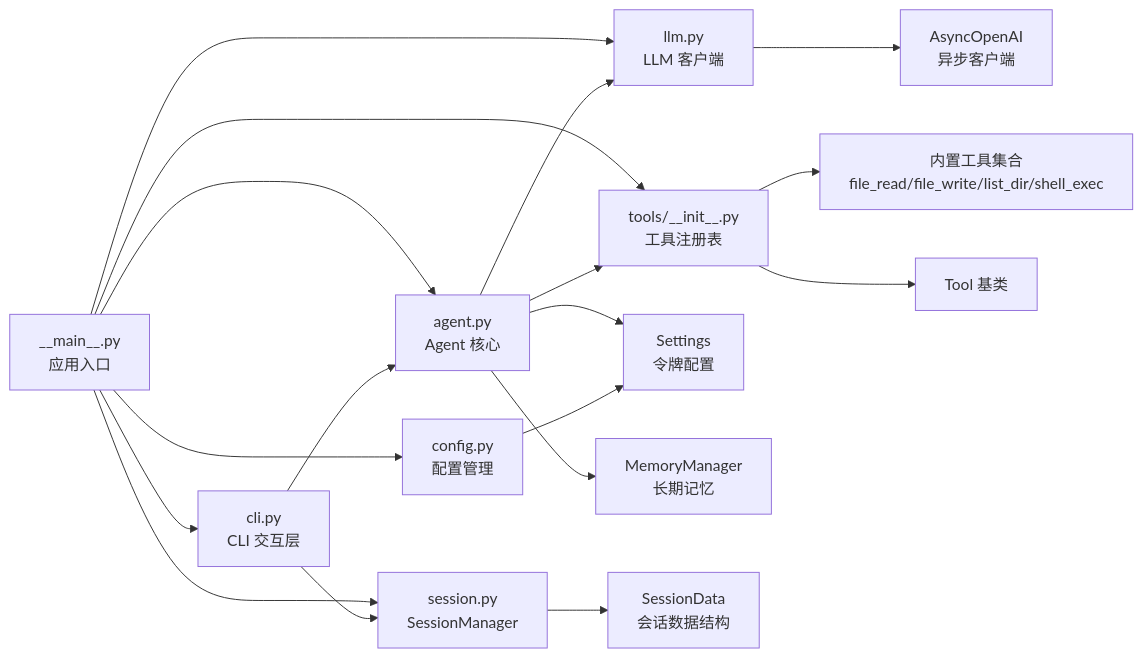
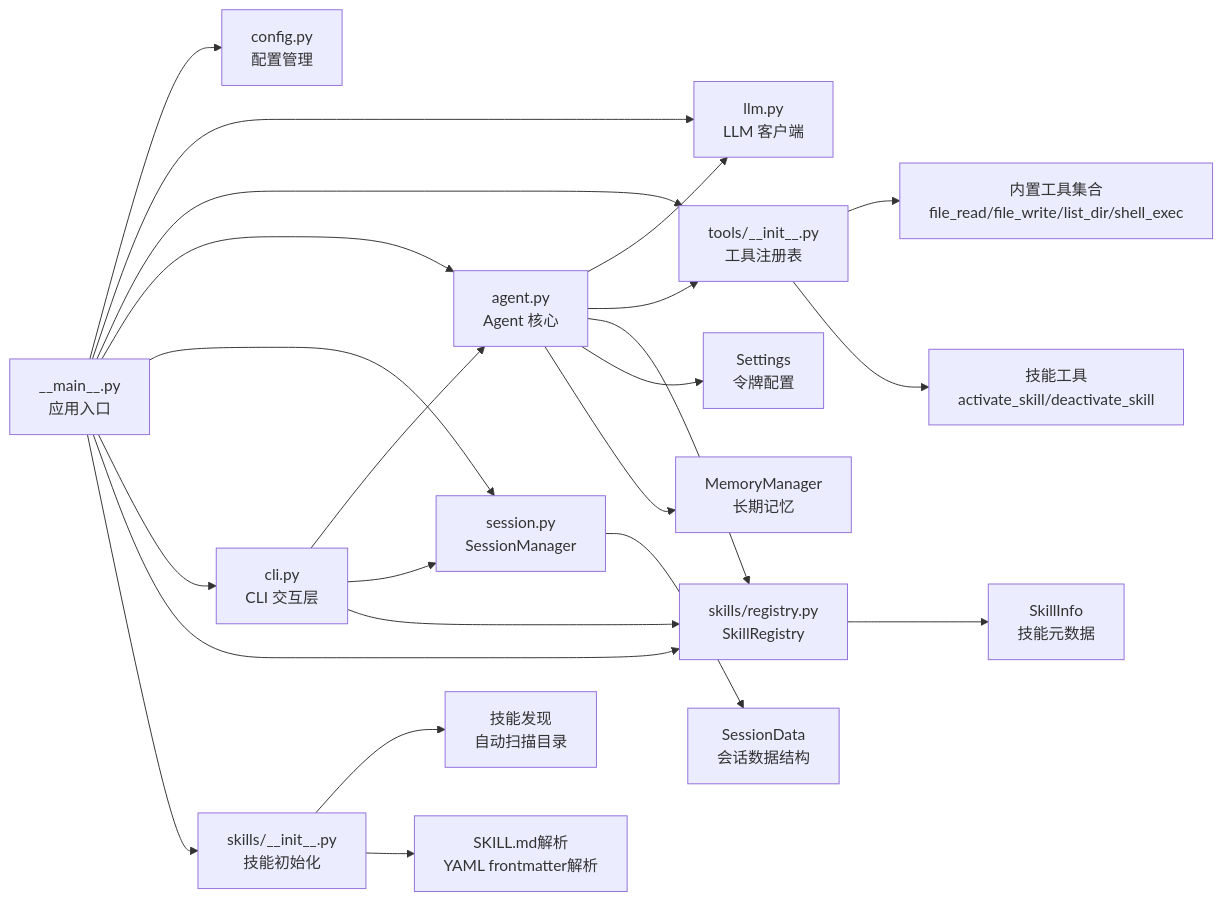
The third of 3 diagrams in .qoder/repowiki/zh/content/核心模块详解/CLI 交互层.md (250shiwo/MySmallAgent), drawn with Mermaid before and after one commit. The commit also changed other lines of this file and 23 other files, not shown here.

````diff
--- a/.qoder/repowiki/zh/content/核心模块详解/CLI 交互层.md
+++ b/.qoder/repowiki/zh/content/核心模块详解/CLI 交互层.md
@@ -990,20 +1397,25 @@
 ```mermaid
 graph LR
 Main["__main__.py<br/>应用入口"] --> Config["config.py<br/>配置管理"]
 Main --> LLM["llm.py<br/>LLM 客户端"]
 Main --> Registry["tools/__init__.py<br/>工具注册表"]
 Main --> Agent["agent.py<br/>Agent 核心"]
 Main --> SessionManager["session.py<br/>SessionManager"]
 Main --> CLI["cli.py<br/>CLI 交互层"]
+Main --> SkillRegistry["skills/registry.py<br/>SkillRegistry"]
+Main --> SkillsInit["skills/__init__.py<br/>技能初始化"]
 CLI --> Agent
 CLI --> SessionManager
+CLI --> SkillRegistry
 Agent --> LLM
 Agent --> Registry
+Agent --> SkillRegistry
 Agent --> Settings["Settings<br/>令牌配置"]
 Agent --> MemoryManager["MemoryManager<br/>长期记忆"]
 SessionManager --> SessionData["SessionData<br/>会话数据结构"]
 Registry --> Tools["内置工具集合<br/>file_read/file_write/list_dir/shell_exec"]
-Config --> Settings
-LLM --> AsyncOpenAI["AsyncOpenAI<br/>异步客户端"]
-Registry --> ToolBase["Tool 基类"]
+Registry --> SkillTools["技能工具<br/>activate_skill/deactivate_skill"]
+SkillRegistry --> SkillInfo["SkillInfo<br/>技能元数据"]
+SkillsInit --> SkillDiscovery["技能发现<br/>自动扫描目录"]
+SkillsInit --> SkillParser["SKILL.md解析<br/>YAML frontmatter解析"]
 ```
````
